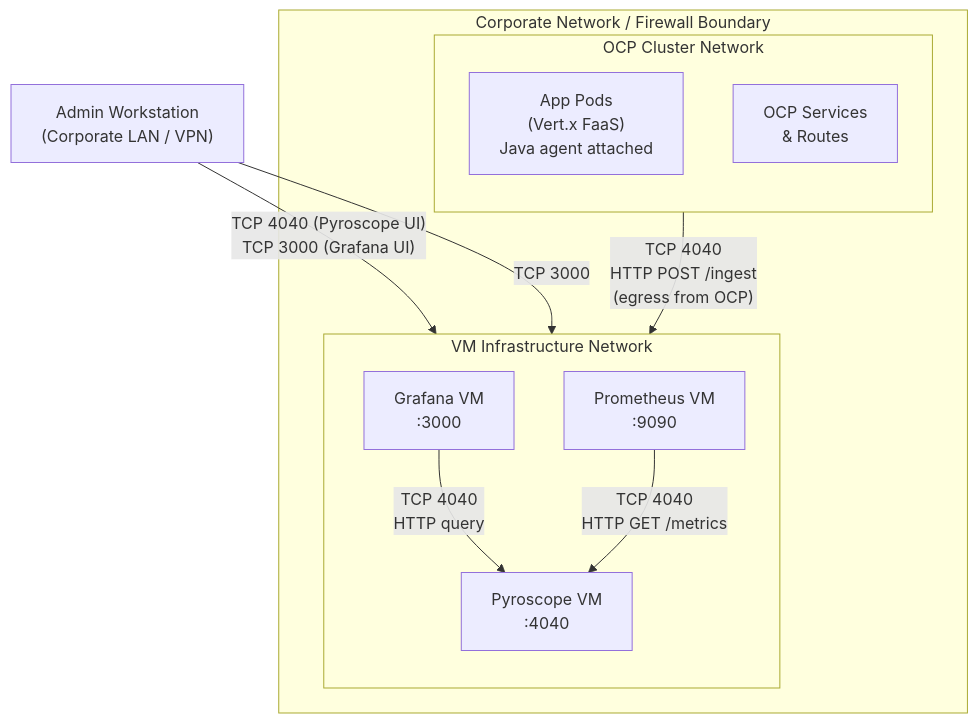
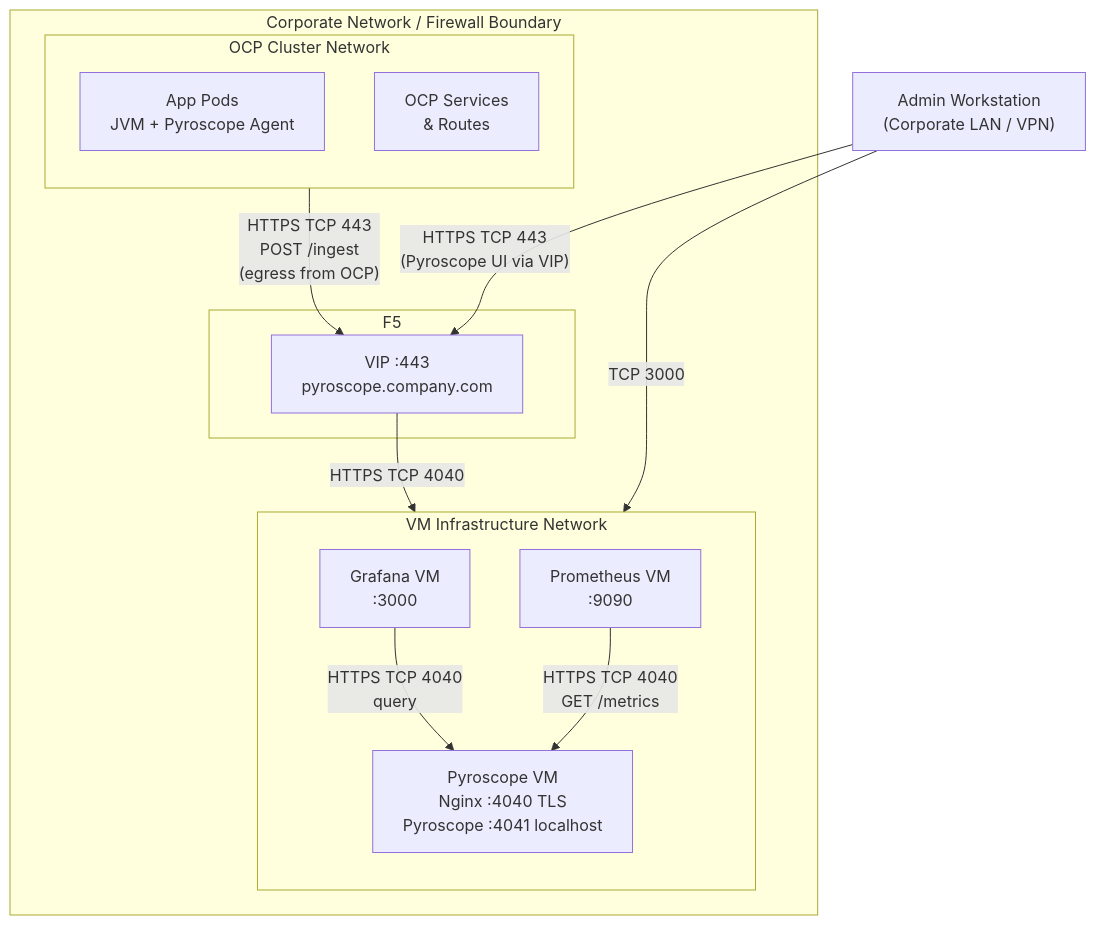
Before and after one commit to aff0gat000/pyroscope: the tenth of 10 diagrams in docs/architecture.md, drawn with Mermaid. The commit also changed other lines of this file and 9 other files, not shown here.

````diff
--- a/docs/architecture.md
+++ b/docs/architecture.md
@@ -495,25 +524,30 @@
 ```mermaid
 graph TB
     subgraph "Corporate Network / Firewall Boundary"
         subgraph "OCP Cluster Network"
             direction TB
-            OCPPods["App Pods<br/>(Vert.x FaaS)<br/>Java agent attached"]
+            OCPPods["App Pods<br/>JVM + Pyroscope Agent"]
             OCPSvc["OCP Services<br/>& Routes"]
+        end
+
+        subgraph "F5"
+            VIP["VIP :443<br/>pyroscope.company.com"]
         end
 
         subgraph "VM Infrastructure Network"
             direction TB
-            PyroVM["Pyroscope VM<br/>:4040"]
+            NginxVM["Pyroscope VM<br/>Nginx :4040 TLS<br/>Pyroscope :4041 localhost"]
             GrafVM["Grafana VM<br/>:3000"]
             PromVM["Prometheus VM<br/>:9090"]
         end
     end
 
     AdminNet["Admin Workstation<br/>(Corporate LAN / VPN)"]
 
-    OCPPods -->|"TCP 4040<br/>HTTP POST /ingest<br/>(egress from OCP)"| PyroVM
-    GrafVM -->|"TCP 4040<br/>HTTP query"| PyroVM
-    PromVM -->|"TCP 4040<br/>HTTP GET /metrics"| PyroVM
-    AdminNet -->|"TCP 4040 (Pyroscope UI)<br/>TCP 3000 (Grafana UI)"| PyroVM
+    OCPPods -->|"HTTPS TCP 443<br/>POST /ingest<br/>(egress from OCP)"| VIP
+    VIP -->|"HTTPS TCP 4040"| NginxVM
+    GrafVM -->|"HTTPS TCP 4040<br/>query"| NginxVM
+    PromVM -->|"HTTPS TCP 4040<br/>GET /metrics"| NginxVM
+    AdminNet -->|"HTTPS TCP 443<br/>(Pyroscope UI via VIP)"| VIP
     AdminNet -->|"TCP 3000"| GrafVM
 ```
````
